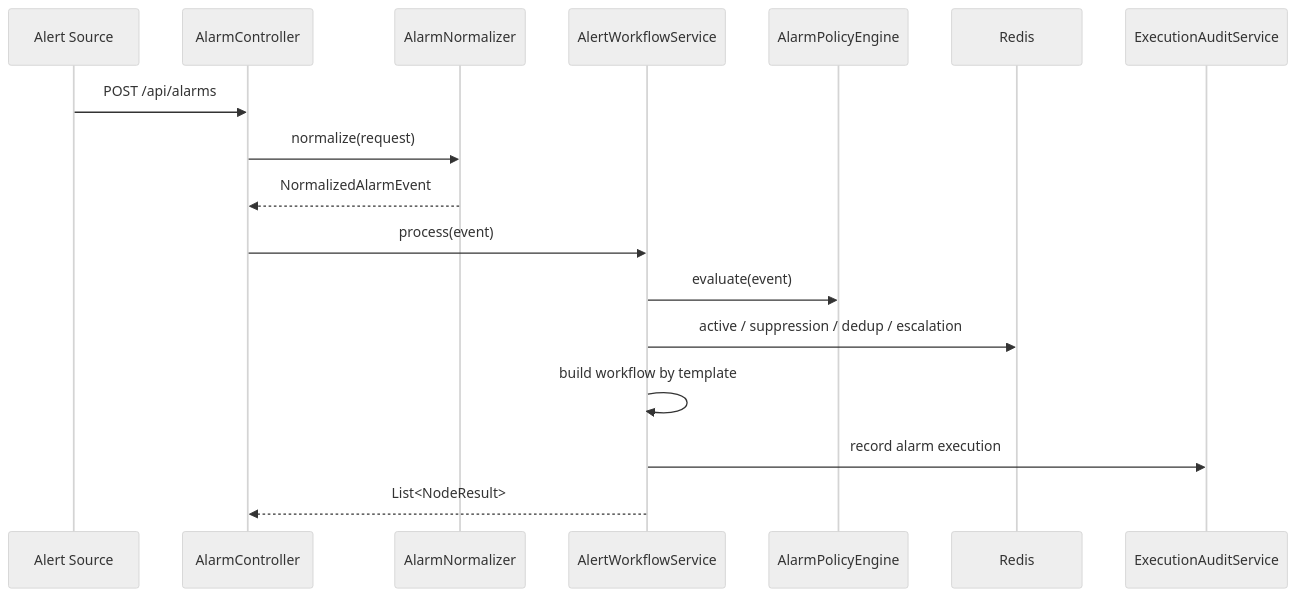
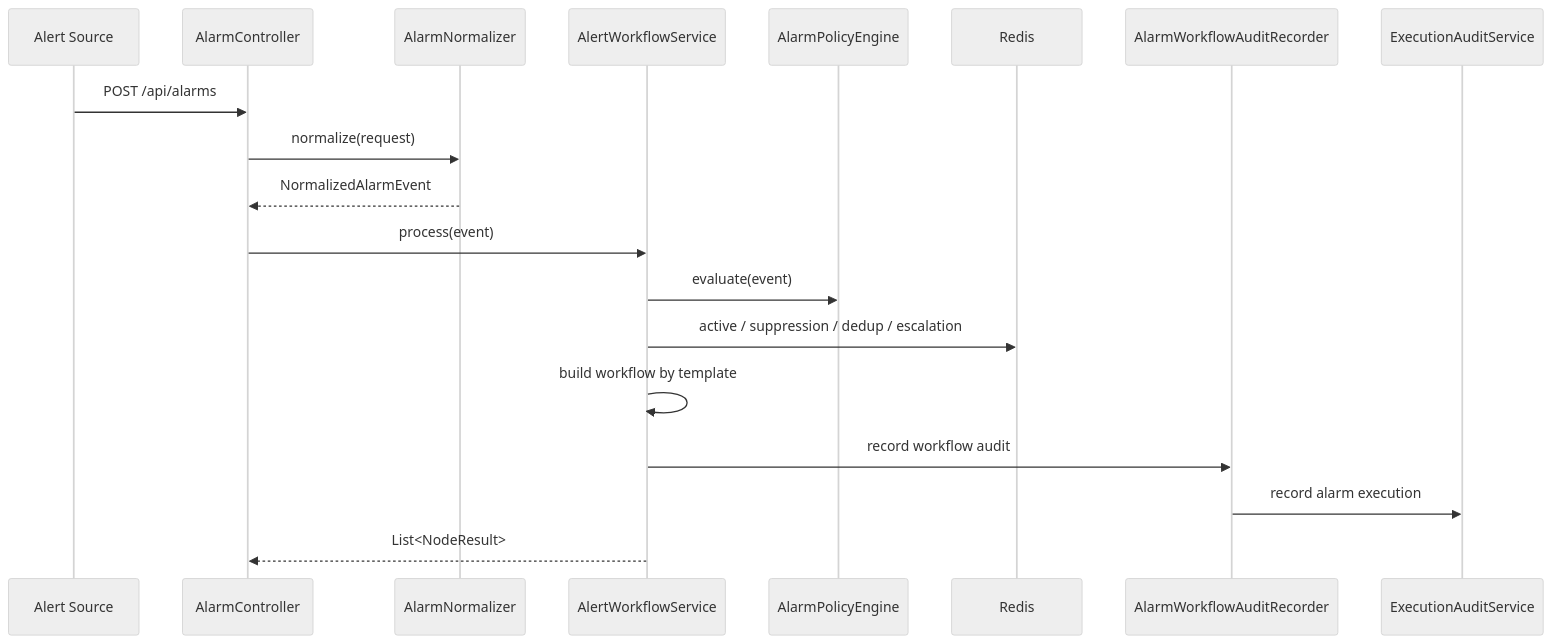
The second of 4 diagrams in 项目架构.md (oxygen914/kubeoncall), drawn with Mermaid (neutral theme) before and after one commit. The commit also changed other lines of this file and 320 other files, not shown here.

````diff
--- a/项目架构.md
+++ b/项目架构.md
@@ -323,20 +332,22 @@
 ```mermaid
 sequenceDiagram
     participant S as Alert Source
     participant C as AlarmController
     participant N as AlarmNormalizer
     participant W as AlertWorkflowService
     participant P as AlarmPolicyEngine
     participant R as Redis
+    participant A as AlarmWorkflowAuditRecorder
     participant E as ExecutionAuditService
 
     S->>C: POST /api/alarms
     C->>N: normalize(request)
     N-->>C: NormalizedAlarmEvent
     C->>W: process(event)
     W->>P: evaluate(event)
     W->>R: active / suppression / dedup / escalation
     W->>W: build workflow by template
-    W->>E: record alarm execution
+    W->>A: record workflow audit
+    A->>E: record alarm execution
     W-->>C: List<NodeResult>
 ```
````
